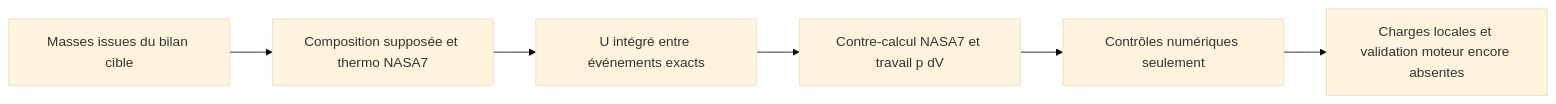
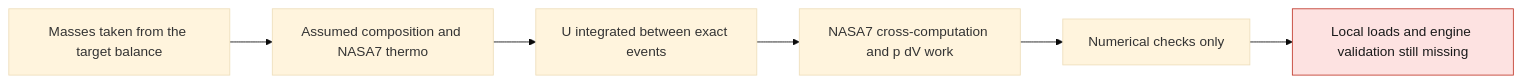
One commit to cluster2600/porscheparts changed the diagram in docs/reports/M64_700PS_VARIABLE_THERMO_20260908.md. Above: the diagram before and after it, drawn with Mermaid (base theme). The commit also changed other lines of this file and 228 other files, not shown here.

````diff
--- a/docs/reports/M64_700PS_VARIABLE_THERMO_20260908.md
+++ b/docs/reports/M64_700PS_VARIABLE_THERMO_20260908.md
@@ -11,8 +11,10 @@
 ```mermaid
 flowchart LR
-  A[Masses issues du bilan cible] --> B[Composition supposée et thermo NASA7]
-  B --> C[U intégré entre événements exacts]
-  C --> D[Contre-calcul NASA7 et travail p dV]
-  D --> E[Contrôles numériques seulement]
-  E --> F[Charges locales et validation moteur encore absentes]
+  A["Masses taken from the target balance"] --> B["Assumed composition and NASA7 thermo"]
+  B --> C["U integrated between exact events"]
+  C --> D["NASA7 cross-computation and p dV work"]
+  D --> E["Numerical checks only"]
+  E --> F["Local loads and engine validation still missing"]
+  classDef stop fill:#fde2e1,stroke:#c0392b,color:#1a1a1a;
+  class F stop
 ```
````
